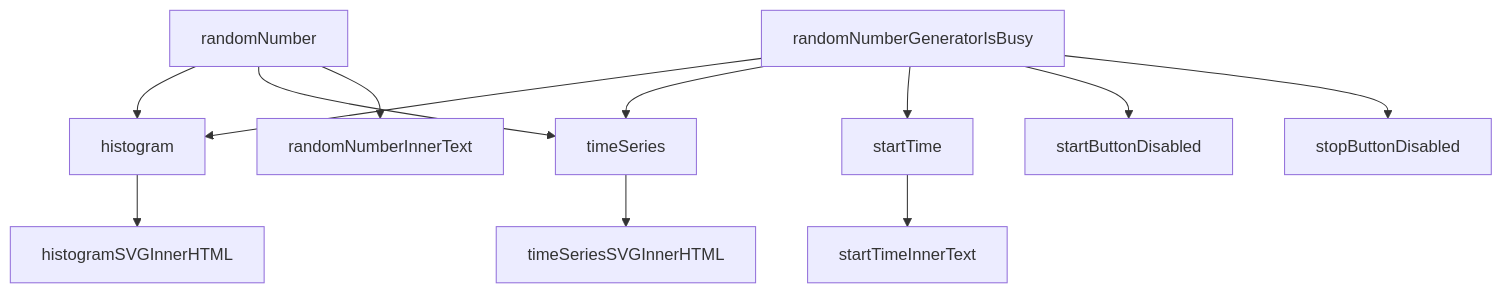
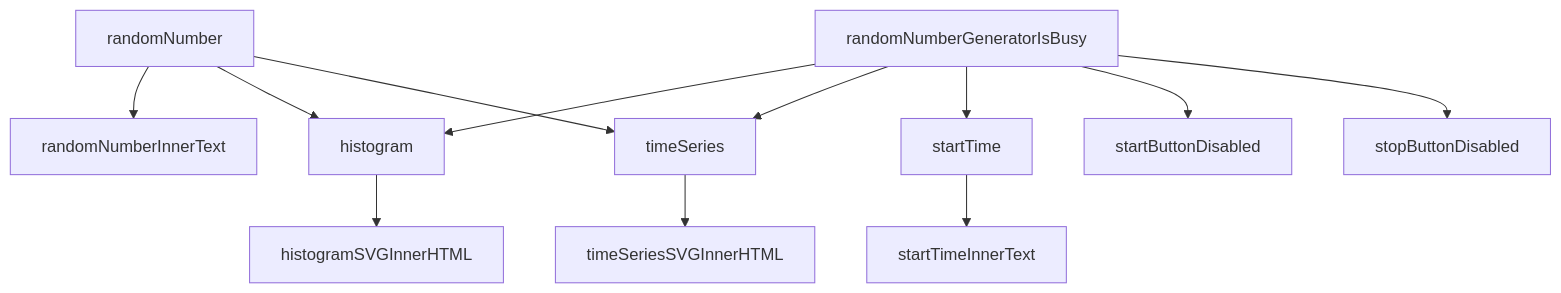
One commit to KaoruTaketani/DAQ-JS changed the diagram in README.md. Above: the diagram before and after it, drawn with Mermaid. The commit also changed other lines of this file, not shown here.

Commit message:
modified graph

````diff
--- a/README.md
+++ b/README.md
@@ -45,16 +45,16 @@
 ```mermaid
 graph TD;
     histogram-->histogramSVGInnerHTML;
     %%httpServer-->elementValues;
     %%httpServer-->webSocketPathnames;
     randomNumberGeneratorIsBusy-->histogram;
+    randomNumber-->randomNumberInnerText;
     randomNumber-->histogram;
     randomNumber-->timeSeries;
-    randomNumber-->randomNumberInnerText;
     randomNumberGeneratorIsBusy-->timeSeries;
     randomNumberGeneratorIsBusy-->startTime;
     randomNumberGeneratorIsBusy-->startButtonDisabled;
     randomNumberGeneratorIsBusy-->stopButtonDisabled;
     startTime-->startTimeInnerText;
     timeSeries-->timeSeriesSVGInnerHTML;
 ```
````
